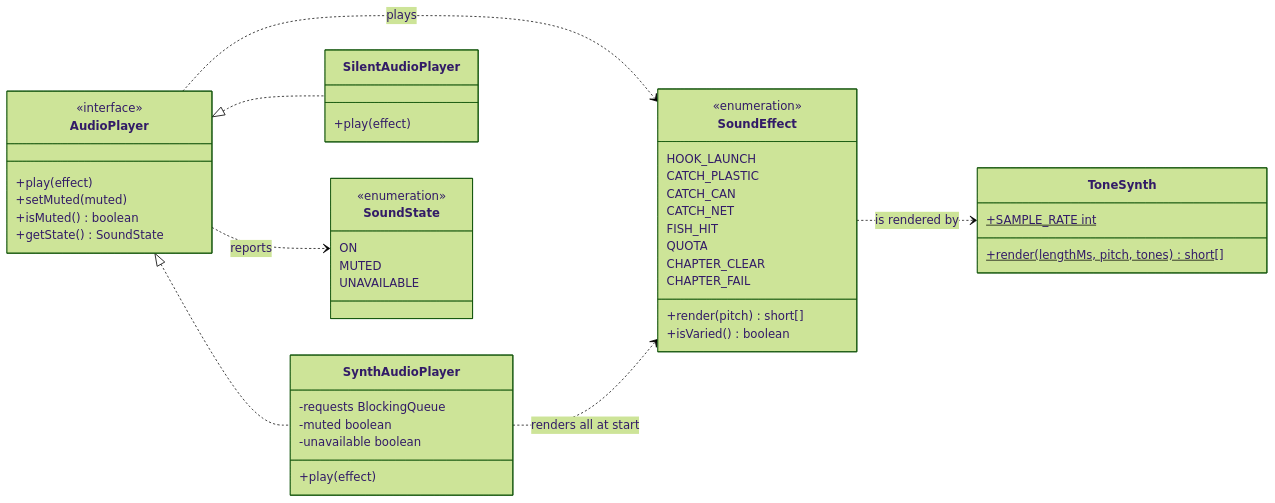
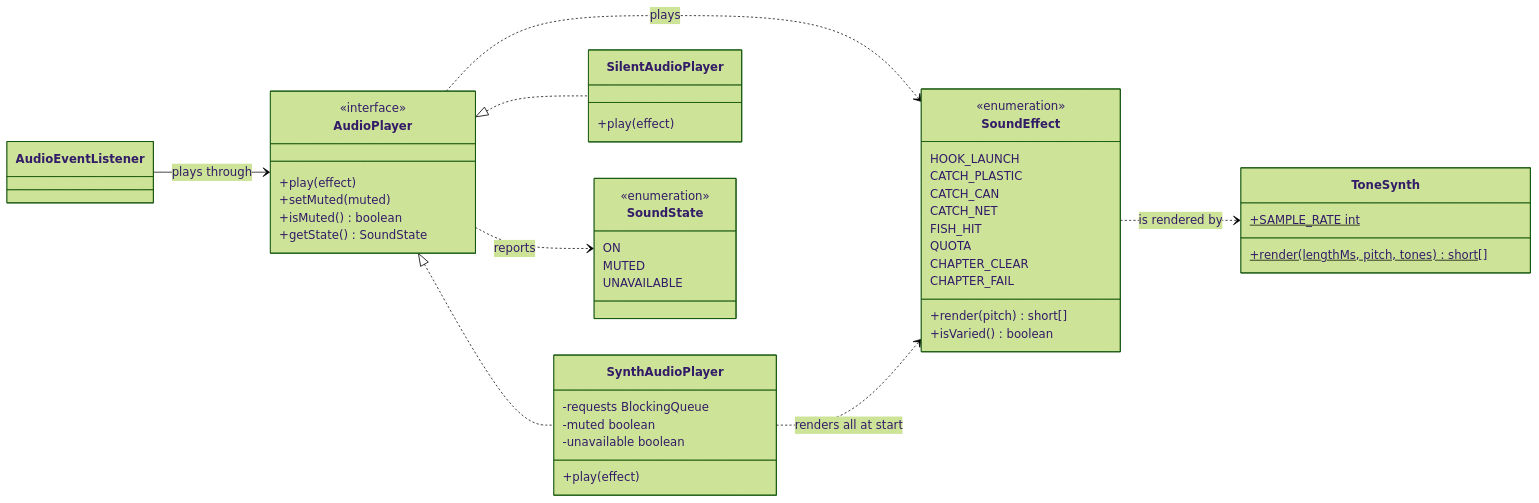
Before and after one commit to NJJAV33/Fish2trash: the sixth of 6 diagrams in docs/class-diagram.md, drawn with Mermaid (forest theme). The commit also changed other lines of this file and 24 other files, not shown here.

````diff
--- a/docs/class-diagram.md
+++ b/docs/class-diagram.md
@@ -619,56 +626,59 @@
 ```mermaid
 classDiagram
     direction LR
 
     class SoundEffect {
         <<enumeration>>
         HOOK_LAUNCH
         CATCH_PLASTIC
         CATCH_CAN
         CATCH_NET
         FISH_HIT
         QUOTA
         CHAPTER_CLEAR
         CHAPTER_FAIL
         +render(pitch) short[]
         +isVaried() boolean
     }
 
     class ToneSynth {
         +SAMPLE_RATE int$
         +render(lengthMs, pitch, tones)$ short[]
     }
 
     class AudioPlayer {
         <<interface>>
         +play(effect)
         +setMuted(muted)
         +isMuted() boolean
         +getState() SoundState
     }
 
     class SynthAudioPlayer {
         -requests BlockingQueue
         -muted boolean
         -unavailable boolean
         +play(effect)
     }
 
     class SilentAudioPlayer {
         +play(effect)
     }
 
+    class AudioEventListener
+
     class SoundState {
         <<enumeration>>
         ON
         MUTED
         UNAVAILABLE
     }
 
     SoundEffect ..> ToneSynth : is rendered by
     AudioPlayer <|.. SynthAudioPlayer
     AudioPlayer <|.. SilentAudioPlayer
     AudioPlayer ..> SoundEffect : plays
     AudioPlayer ..> SoundState : reports
+    AudioEventListener --> AudioPlayer : plays through
     SynthAudioPlayer ..> SoundEffect : renders all at start
 ```
````
